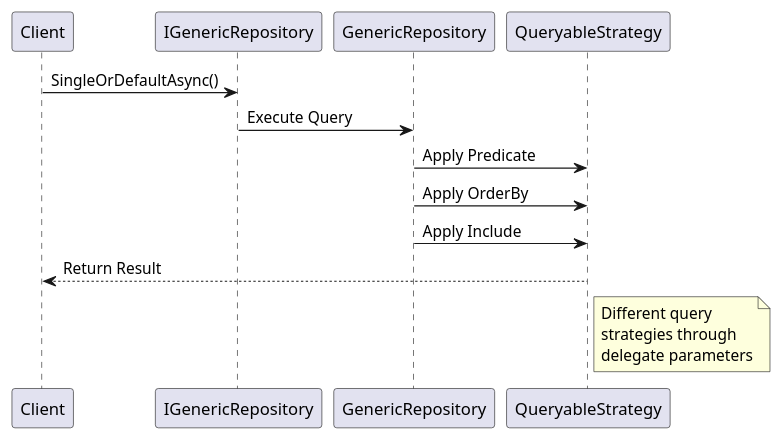
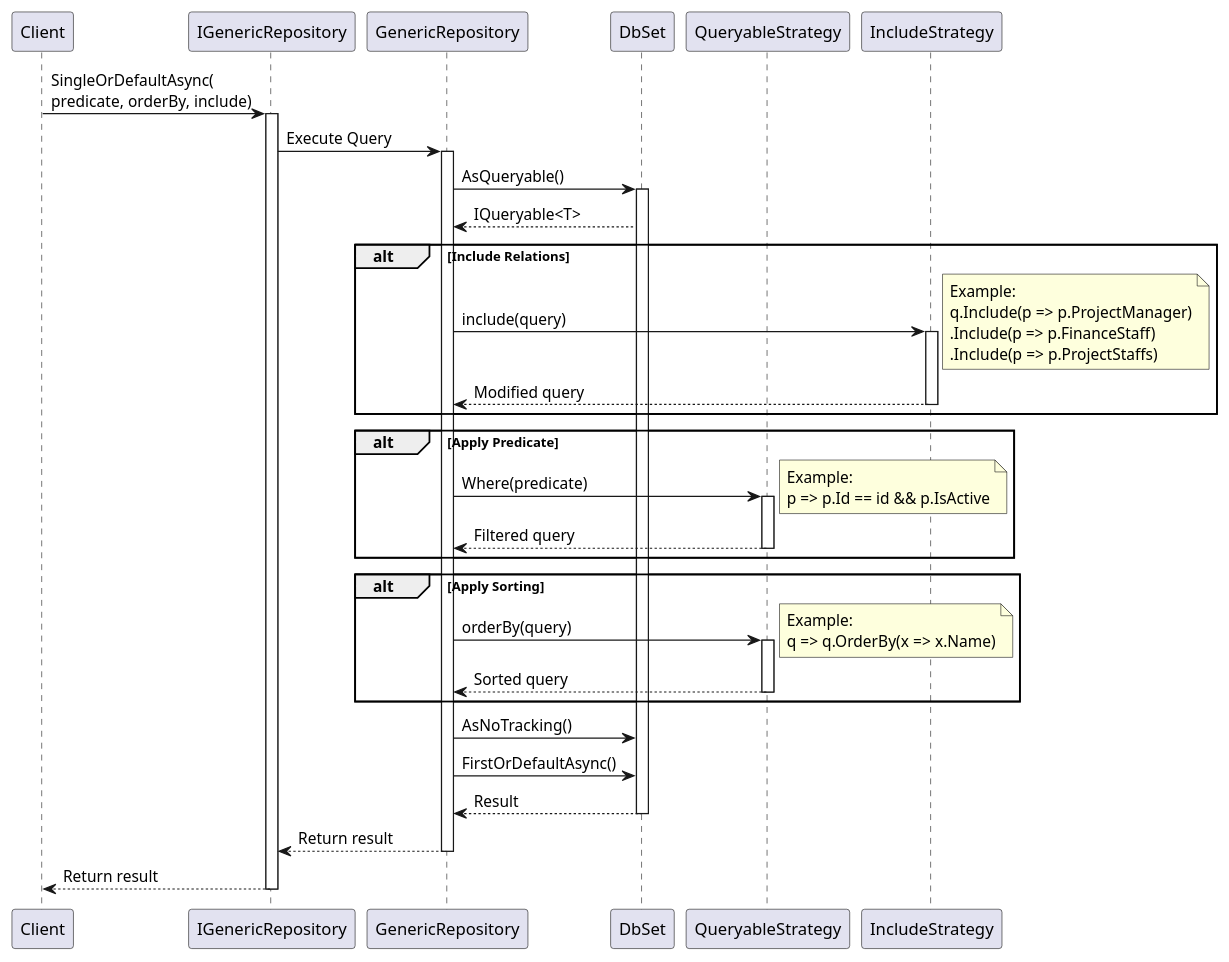
Before and after one commit to the-khiem7/ClaimRequestSystem.ASPNET: the fifth of 5 diagrams in README.md, drawn with PlantUML. The commit also changed other lines of this file and 3 other files, not shown here.

````diff
--- a/README.md
+++ b/README.md
@@ -274,20 +400,56 @@
 ```plantuml
 @startuml
 participant Client
 participant IGenericRepository
 participant GenericRepository
+participant DbSet
 participant QueryableStrategy
+participant IncludeStrategy
 
-Client -> IGenericRepository : SingleOrDefaultAsync()
+Client -> IGenericRepository : SingleOrDefaultAsync(\npredicate, orderBy, include)
+activate IGenericRepository
+
 IGenericRepository -> GenericRepository : Execute Query
-GenericRepository -> QueryableStrategy : Apply Predicate
-GenericRepository -> QueryableStrategy : Apply OrderBy
-GenericRepository -> QueryableStrategy : Apply Include
-QueryableStrategy --> Client : Return Result
-note right of QueryableStrategy
-  Different query
-  strategies through
-  delegate parameters
-end note
+activate GenericRepository
+
+GenericRepository -> DbSet : AsQueryable()
+activate DbSet
+DbSet --> GenericRepository : IQueryable<T>
+
+alt Include Relations
+    GenericRepository -> IncludeStrategy : include(query)
+    activate IncludeStrategy
+    note right: Example:\nq.Include(p => p.ProjectManager)\n.Include(p => p.FinanceStaff)\n.Include(p => p.ProjectStaffs)
+    IncludeStrategy --> GenericRepository : Modified query
+    deactivate IncludeStrategy
+end
+
+alt Apply Predicate
+    GenericRepository -> QueryableStrategy : Where(predicate)
+    activate QueryableStrategy
+    note right: Example:\np => p.Id == id && p.IsActive
+    QueryableStrategy --> GenericRepository : Filtered query
+    deactivate QueryableStrategy
+end
+
+alt Apply Sorting
+    GenericRepository -> QueryableStrategy : orderBy(query)
+    activate QueryableStrategy
+    note right: Example:\nq => q.OrderBy(x => x.Name)
+    QueryableStrategy --> GenericRepository : Sorted query
+    deactivate QueryableStrategy
+end
+
+GenericRepository -> DbSet : AsNoTracking()
+GenericRepository -> DbSet : FirstOrDefaultAsync()
+
+DbSet --> GenericRepository : Result
+deactivate DbSet
+
+GenericRepository --> IGenericRepository : Return result
+deactivate GenericRepository
+
+IGenericRepository --> Client : Return result
+deactivate IGenericRepository
 @enduml
 ```
````
